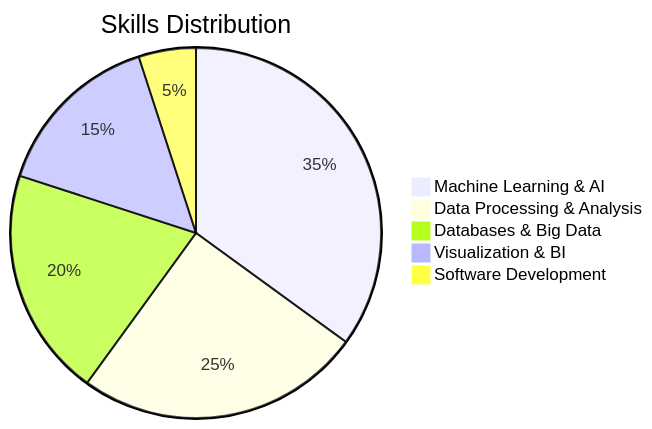
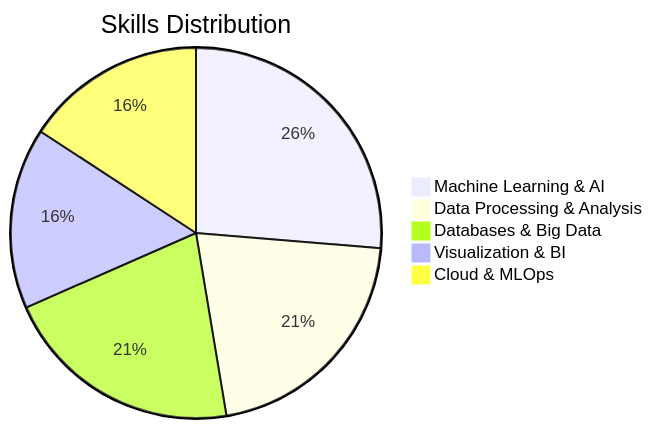
One commit to anjaanasnambiar/anjaanasnambiar changed the diagram in README.md. Above: the diagram before and after it, drawn with Mermaid. The commit also changed other lines of this file, not shown here.

````diff
--- a/README.md
+++ b/README.md
@@ -96,9 +128,9 @@
 ```mermaid
 pie
     title Skills Distribution
-    "Machine Learning & AI" : 35
-    "Data Processing & Analysis" : 25
+    "Machine Learning & AI" : 25
+    "Data Processing & Analysis" : 20
     "Databases & Big Data" : 20
     "Visualization & BI" : 15
-    "Software Development" : 5
+    "Cloud & MLOps" : 15
 ```
````
